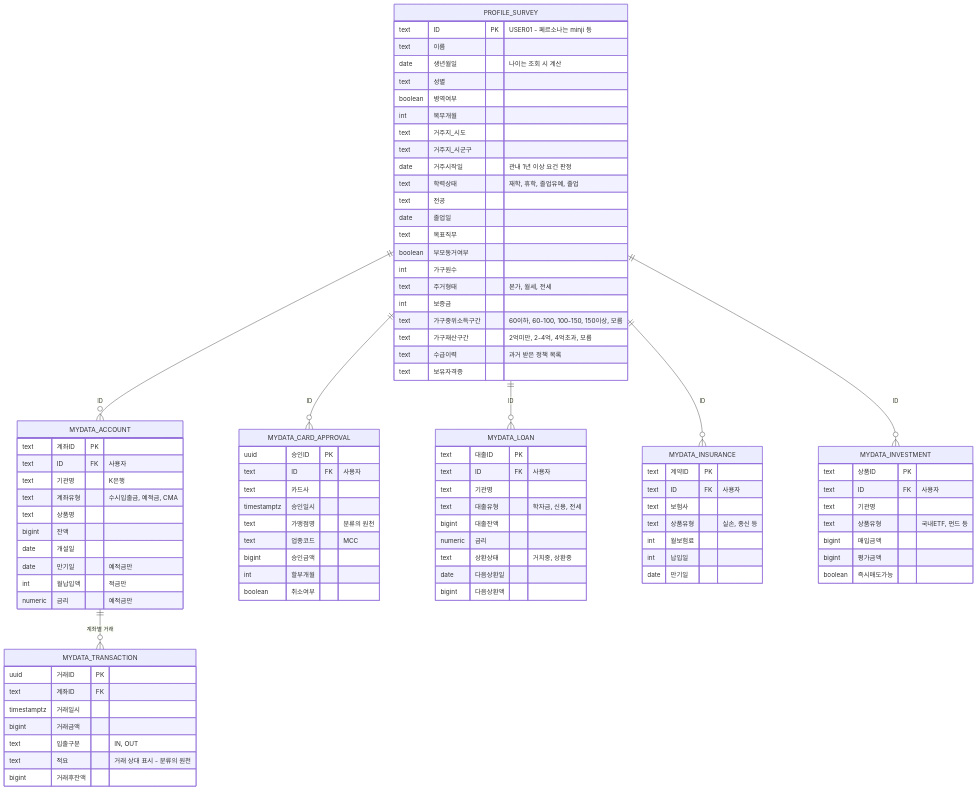
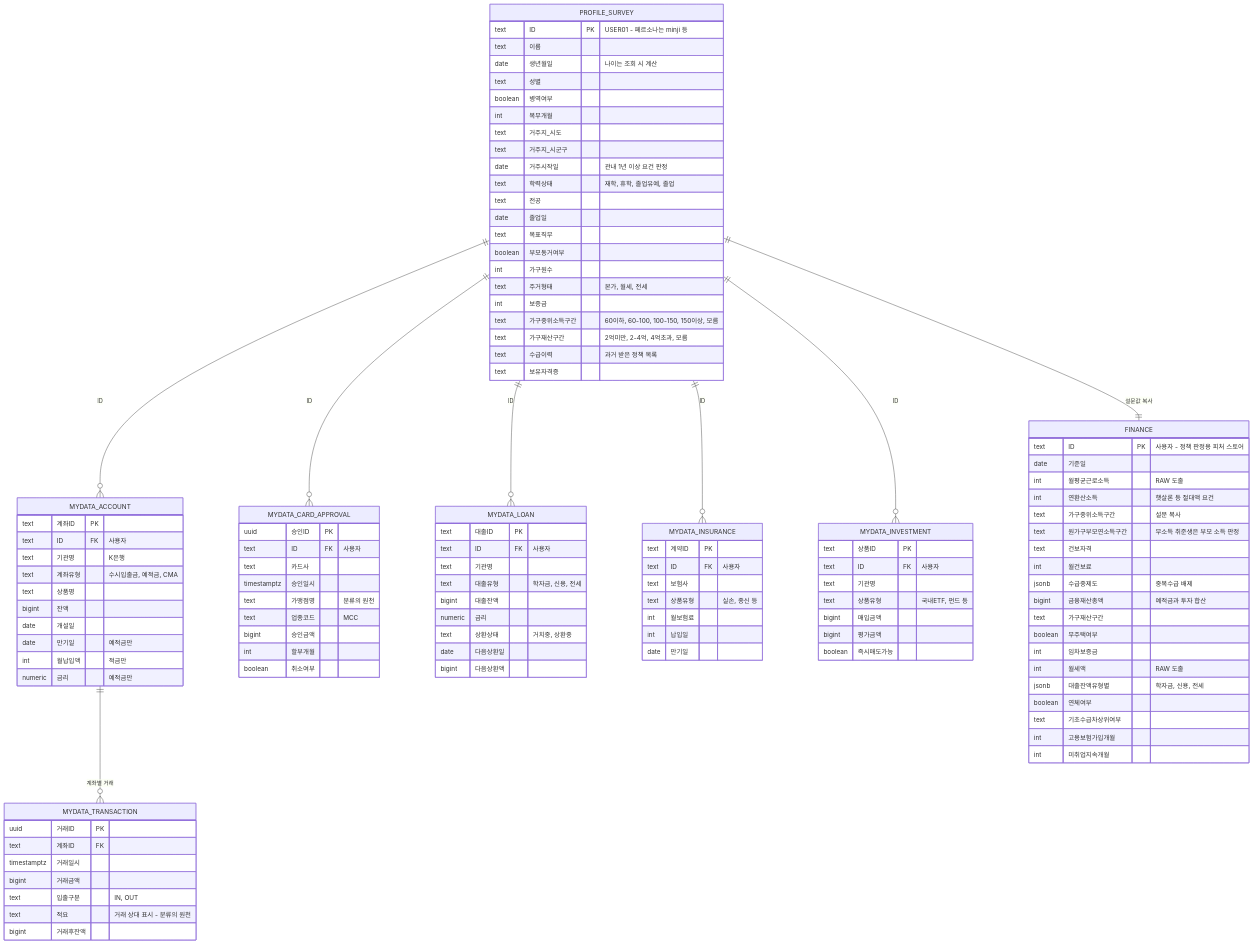
Before and after one commit to Tikkeulapp/tikkeul: the diagram in docs/DB_스키마.md, drawn with Mermaid. The commit also changed other lines of this file and 2 other files, not shown here.

Commit message:
docs: FINANCE 피처 정의 (실정책 178건 요건 채굴 기반, 피처 15종) + ERD에 FINANCE 추가

```diff
--- a/docs/DB_스키마.md
+++ b/docs/DB_스키마.md
@@ -17,6 +18,7 @@
     PROFILE_SURVEY ||--o{ MYDATA_INSURANCE : "ID"
     PROFILE_SURVEY ||--o{ MYDATA_INVESTMENT : "ID"
     MYDATA_ACCOUNT ||--o{ MYDATA_TRANSACTION : "계좌별 거래"
+    PROFILE_SURVEY ||--|| FINANCE : "설문값 복사"
 
     PROFILE_SURVEY {
         text ID PK "USER01 - 페르소나는 minji 등"
@@ -99,6 +101,28 @@
         date 만기일
     }
 
+    FINANCE {
+        text ID PK "사용자 - 정책 판정용 피처 스토어"
+        date 기준일
+        int 월평균근로소득 "RAW 도출"
+        int 연환산소득 "햇살론 등 절대액 요건"
+        text 가구중위소득구간 "설문 복사"
+        text 원가구부모연소득구간 "무소득 취준생은 부모 소득 판정"
+        text 건보자격
+        int 월건보료
+        jsonb 수급중제도 "중복수급 배제"
+        bigint 금융재산총액 "예적금과 투자 합산"
+        text 가구재산구간
+        boolean 무주택여부
+        int 임차보증금
+        int 월세액 "RAW 도출"
+        jsonb 대출잔액유형별 "학자금, 신용, 전세"
+        boolean 연체여부
+        text 기초수급차상위여부
+        int 고용보험가입개월
+        int 미취업지속개월
+    }
+
     MYDATA_INVESTMENT {
         text 상품ID PK
         text ID FK "사용자"
```
